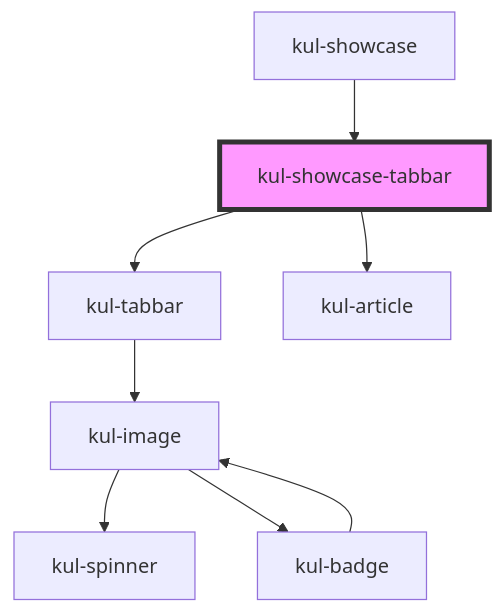
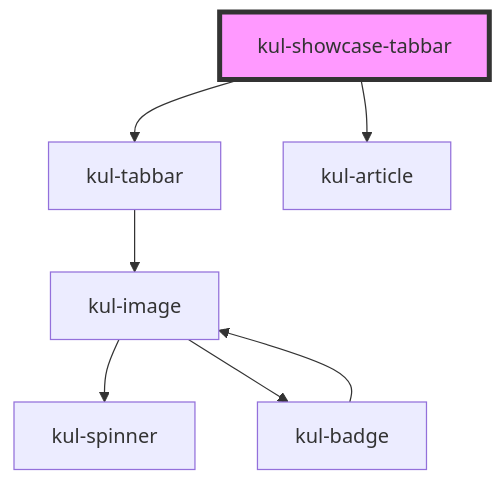
One commit to smeup/ketchup changed the diagram in packages/ketchup-lite/src/components/kul-showcase/components/tabbar/readme.md. Above: the diagram before and after it, drawn with Mermaid. The commit also changed other lines of this file and 25 other files, not shown here.

````diff
--- a/packages/ketchup-lite/src/components/kul-showcase/components/tabbar/readme.md
+++ b/packages/ketchup-lite/src/components/kul-showcase/components/tabbar/readme.md
@@ -31,11 +27,10 @@
 ```mermaid
 graph TD;
   kul-showcase-tabbar --> kul-tabbar
   kul-showcase-tabbar --> kul-article
   kul-tabbar --> kul-image
   kul-image --> kul-spinner
   kul-image --> kul-badge
   kul-badge --> kul-image
-  kul-showcase --> kul-showcase-tabbar
   style kul-showcase-tabbar fill:#f9f,stroke:#333,stroke-width:4px
 ```
````
